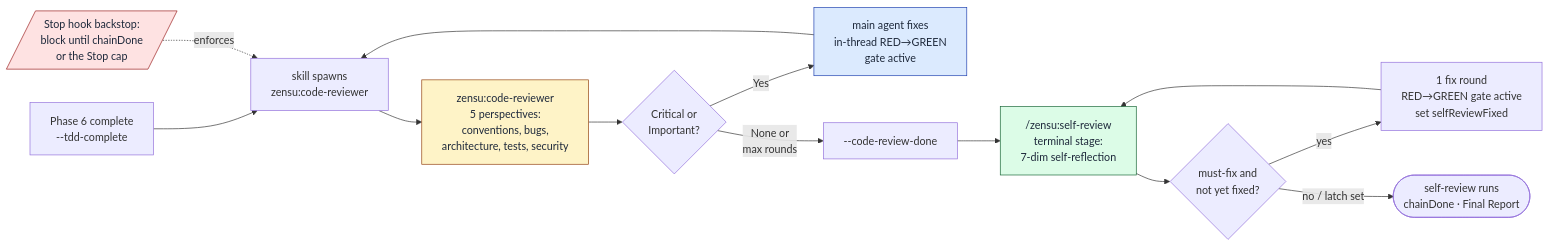
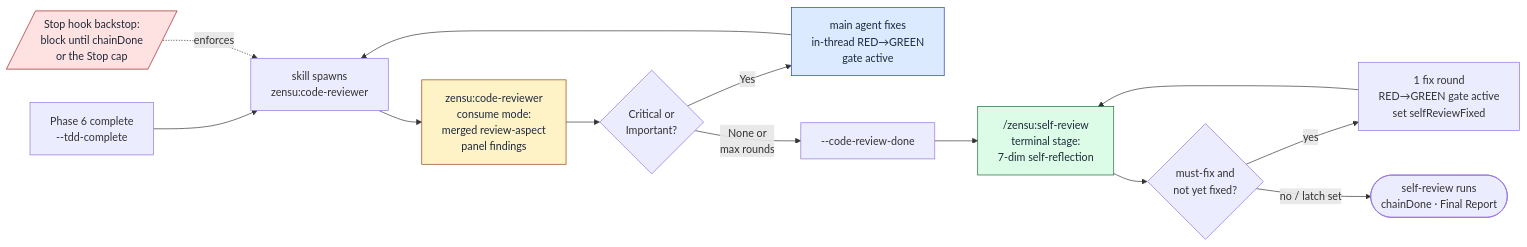
Before and after one commit to MKITConsulting/zensu-claude-code: the fourth of 4 diagrams in docs/tdd-manager-workflow.md, drawn with Mermaid. The commit also changed other lines of this file and 17 other files, not shown here.

````diff
--- a/docs/tdd-manager-workflow.md
+++ b/docs/tdd-manager-workflow.md
@@ -435,20 +435,20 @@
 ```mermaid
 flowchart LR
     P6[Phase 6 complete<br/>--tdd-complete] --> Spawn[skill spawns<br/>zensu:code-reviewer]
     Stop[/Stop hook backstop:<br/>block until chainDone<br/>or the Stop cap/] -.enforces.-> Spawn
-    Spawn --> Reviewer[zensu:code-reviewer<br/>5 perspectives:<br/>conventions, bugs,<br/>architecture, tests, security]
+    Spawn --> Reviewer[zensu:code-reviewer<br/>consume mode:<br/>merged review-aspect<br/>panel findings]
     Reviewer --> Findings{Critical or<br/>Important?}
     Findings -->|Yes| Fix[main agent fixes<br/>in-thread RED→GREEN<br/>gate active]
     Fix --> Spawn
     Findings -->|None or<br/>max rounds| CRD[--code-review-done]
     CRD --> SelfRev["/zensu:self-review<br/>terminal stage:<br/>7-dim self-reflection"]
     SelfRev --> MustFix{must-fix and<br/>not yet fixed?}
     MustFix -->|yes| SRFix[1 fix round<br/>RED→GREEN gate active<br/>set selfReviewFixed]
     SRFix --> SelfRev
     MustFix -->|no / latch set| Done([self-review runs<br/>chainDone · Final Report])
 
     style Reviewer fill:#fef3c7,stroke:#92400e,color:#1e293b
     style SelfRev fill:#dcfce7,stroke:#166534,color:#1e293b
     style Fix fill:#dbeafe,stroke:#1e40af,color:#1e293b
     style Stop fill:#fee2e2,stroke:#991b1b,color:#1e293b
 ```
````
